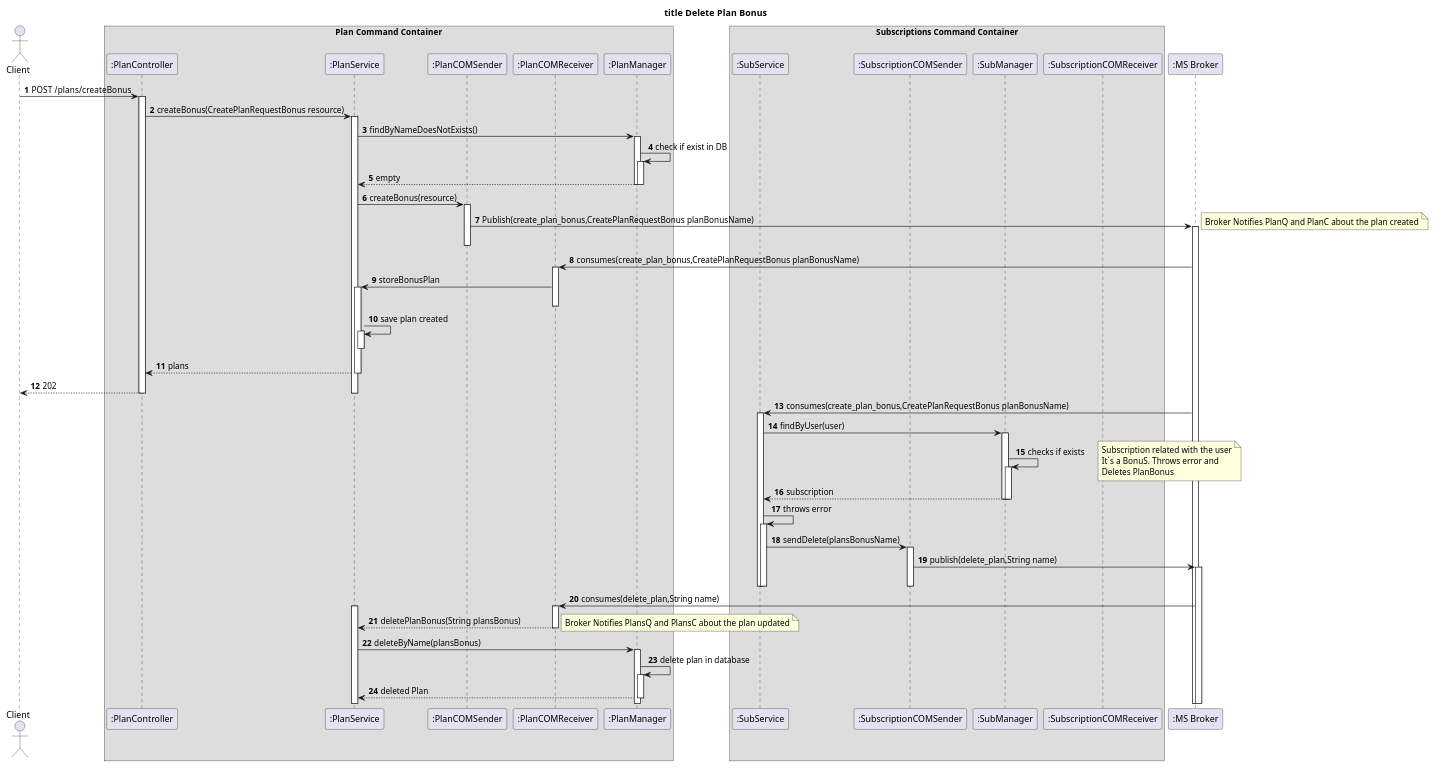
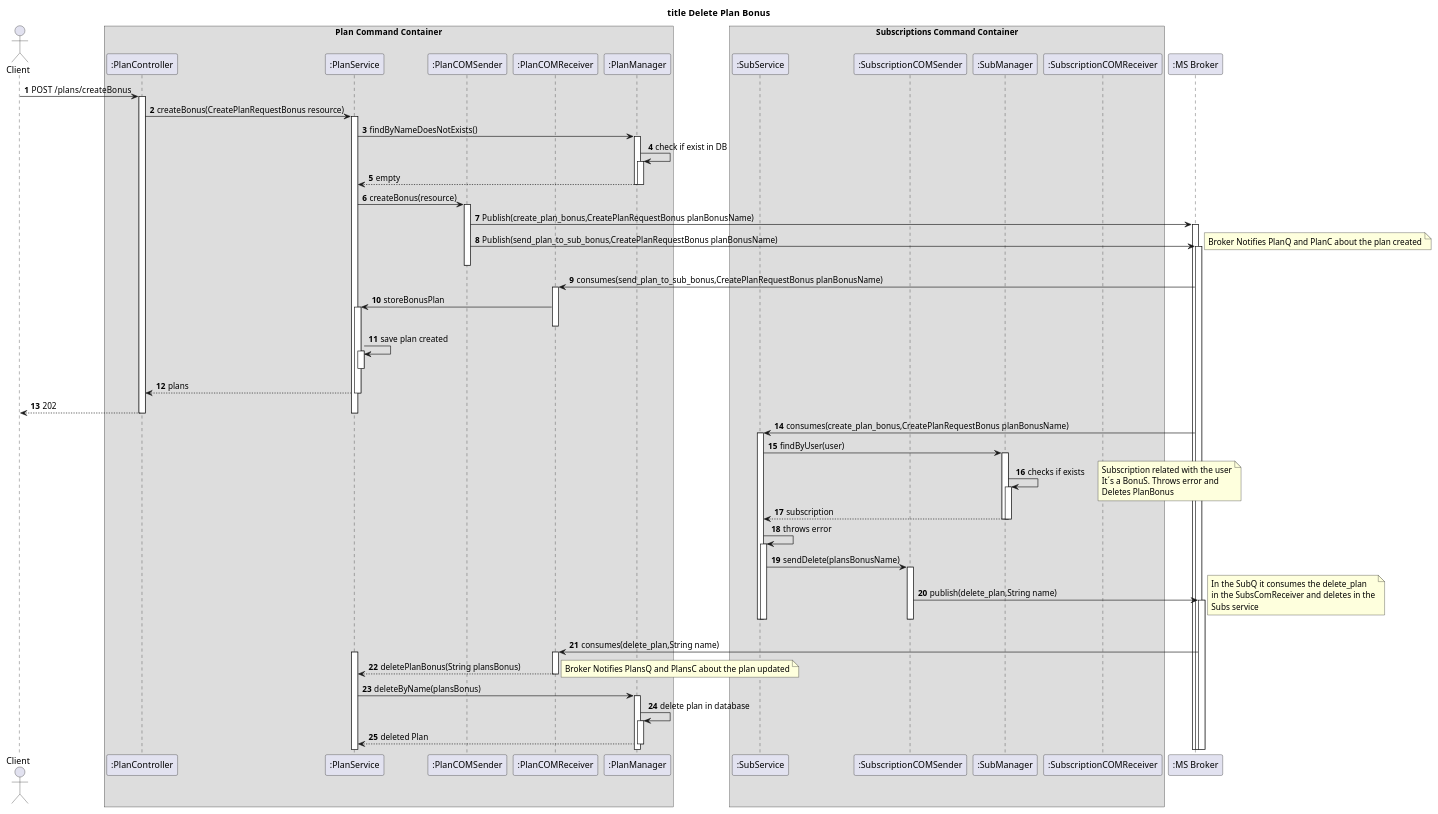
The diagram in docs_sidis/Terceira_Avaliação/Bonus/Vista_Logica/N3/DeleteToBonus.puml (IsepMartimOliveira/SIDIS), drawn with PlantUML before and after one commit. The commit also changed 13 other files, not shown here.

```diff
--- a/docs_sidis/Terceira_Avaliação/Bonus/Vista_Logica/N3/DeleteToBonus.puml
+++ b/docs_sidis/Terceira_Avaliação/Bonus/Vista_Logica/N3/DeleteToBonus.puml
@@ -1,95 +1,101 @@
 @startuml
 'https://plantuml.com/sequence-diagram
 autoactivate on
 autonumber
 title  title  Delete Plan Bonus
 
 autonumber
 actor "Client" as Ac
 box "Plan  Command Container"
 
 participant ":PlanController" as PlanController
 participant ":PlanService" as PService
 participant ":PlanCOMSender" as PSender
 participant ":PlanCOMReceiver" as PReceiver
 participant ":PlanManager" as PManager
 end box
 
 box "Subscriptions Command Container"
     participant ":SubService" as Service
        participant ":SubscriptionCOMSender" as SSender
 
     participant ":SubManager" as MG
     participant ":SubscriptionCOMReceiver" as SReceiver
 end box
 
 
 
 
 
 
 participant ":MS Broker" as Broker
 
 Ac->PlanController:POST  /plans/createBonus
 PlanController->PService:createBonus(CreatePlanRequestBonus resource)
 PService->PManager:findByNameDoesNotExists()
 PManager->PManager:check if exist in DB
 PManager-->PService:empty
 deactivate PManager
 PService->PSender:createBonus(resource)
 PSender->Broker:Publish(create_plan_bonus,CreatePlanRequestBonus planBonusName)
+PSender->Broker:Publish(send_plan_to_sub_bonus,CreatePlanRequestBonus planBonusName)
 
 deactivate PSender
 note right
 Broker Notifies PlanQ and PlanC about the plan created
 end note
 
-PReceiver<-Broker:consumes(create_plan_bonus,CreatePlanRequestBonus planBonusName)
+PReceiver<-Broker:consumes(send_plan_to_sub_bonus,CreatePlanRequestBonus planBonusName)
 PReceiver->PService:storeBonusPlan
 deactivate PReceiver
 
 
 PService->PService:save plan created
 deactivate PService
 
 
 PService-->PlanController:plans
 
 
 PlanController-->Ac:202
 deactivate PService
 Broker->Service:consumes(create_plan_bonus,CreatePlanRequestBonus planBonusName)
 Service->MG:findByUser(user)
 MG->MG:checks if exists
 
 note right
  Subscription related with the user
  It´s a BonuS. Throws error and
  Deletes PlanBonus
 end note
 MG-->Service:subscription
 deactivate MG
 
 Service->Service:throws error
 Service->SSender:sendDelete(plansBonusName)
 SSender->Broker:publish(delete_plan,String name)
+note right
+In the SubQ it consumes the delete_plan
+in the SubsComReceiver and deletes in the
+Subs service
+end note
 deactivate SSender
 deactivate Service
 deactivate Service
 Broker->PReceiver:consumes(delete_plan,String name)
 activate PService
 PReceiver-->PService: deletePlanBonus(String plansBonus)
 note right
 Broker Notifies PlansQ and PlansC about the plan updated
 end note
 PService->PManager:deleteByName(plansBonus)
 PManager->PManager:delete plan in database
 PManager-->PService:deleted Plan
 
 
 
 
 
 
 
 @enduml
```
